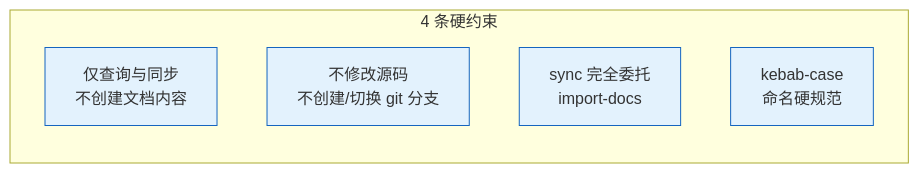
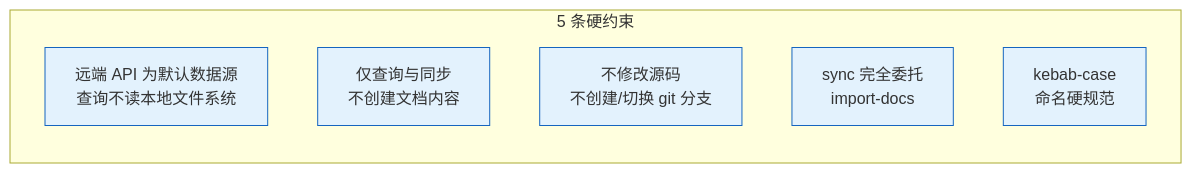
The ninth of 11 diagrams in skills/rui-story/SKILL.md (effiy/YrY), drawn with Mermaid before and after one commit. The commit also changed other lines of this file and 14 other files, not shown here.

````diff
--- a/skills/rui-story/SKILL.md
+++ b/skills/rui-story/SKILL.md
@@ -204,11 +244,12 @@
 ```mermaid
 flowchart LR
-    subgraph 规则["4 条硬约束"]
-        R1["仅查询与同步<br/>不创建文档内容"]:::rule
-        R2["不修改源码<br/>不创建/切换 git 分支"]:::rule
-        R3["sync 完全委托<br/>import-docs"]:::rule
-        R4["kebab-case<br/>命名硬规范"]:::rule
+    subgraph 规则["5 条硬约束"]
+        R1["远端 API 为默认数据源<br/>查询不读本地文件系统"]:::rule
+        R2["仅查询与同步<br/>不创建文档内容"]:::rule
+        R3["不修改源码<br/>不创建/切换 git 分支"]:::rule
+        R4["sync 完全委托<br/>import-docs"]:::rule
+        R5["kebab-case<br/>命名硬规范"]:::rule
     end
 
     classDef rule fill:#e3f2fd,stroke:#1565c0;
 ```
````
